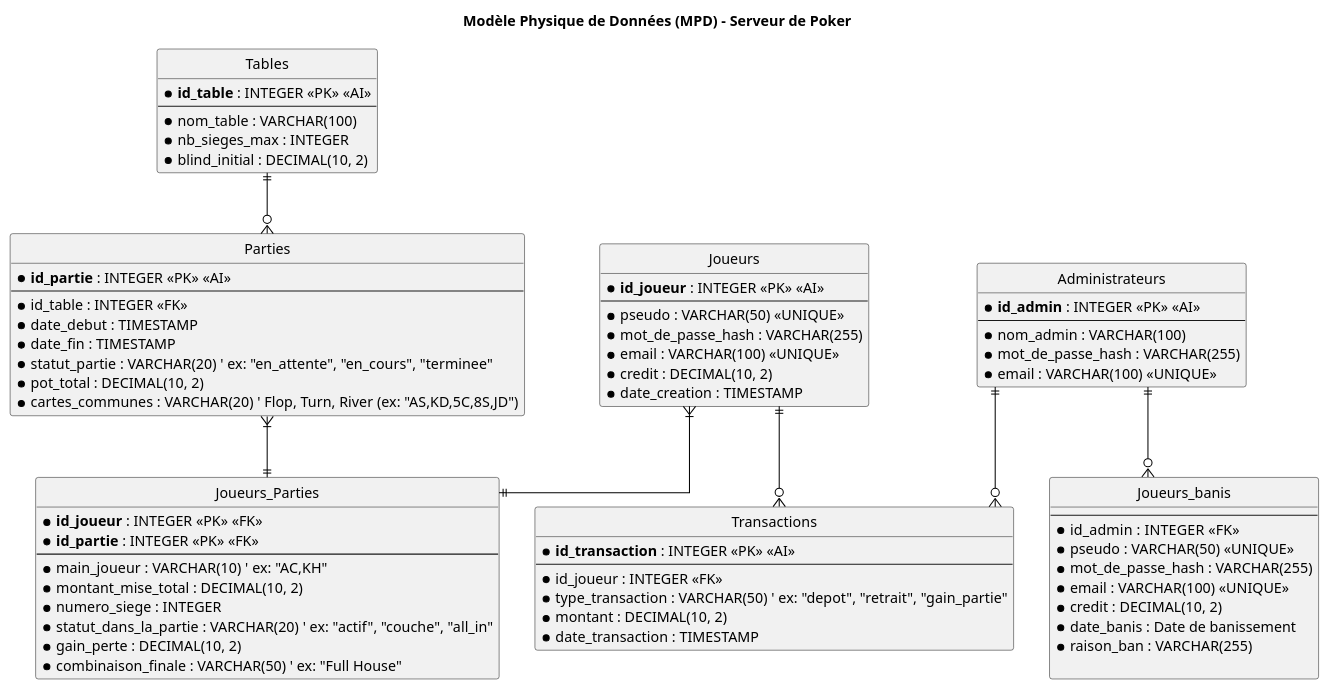
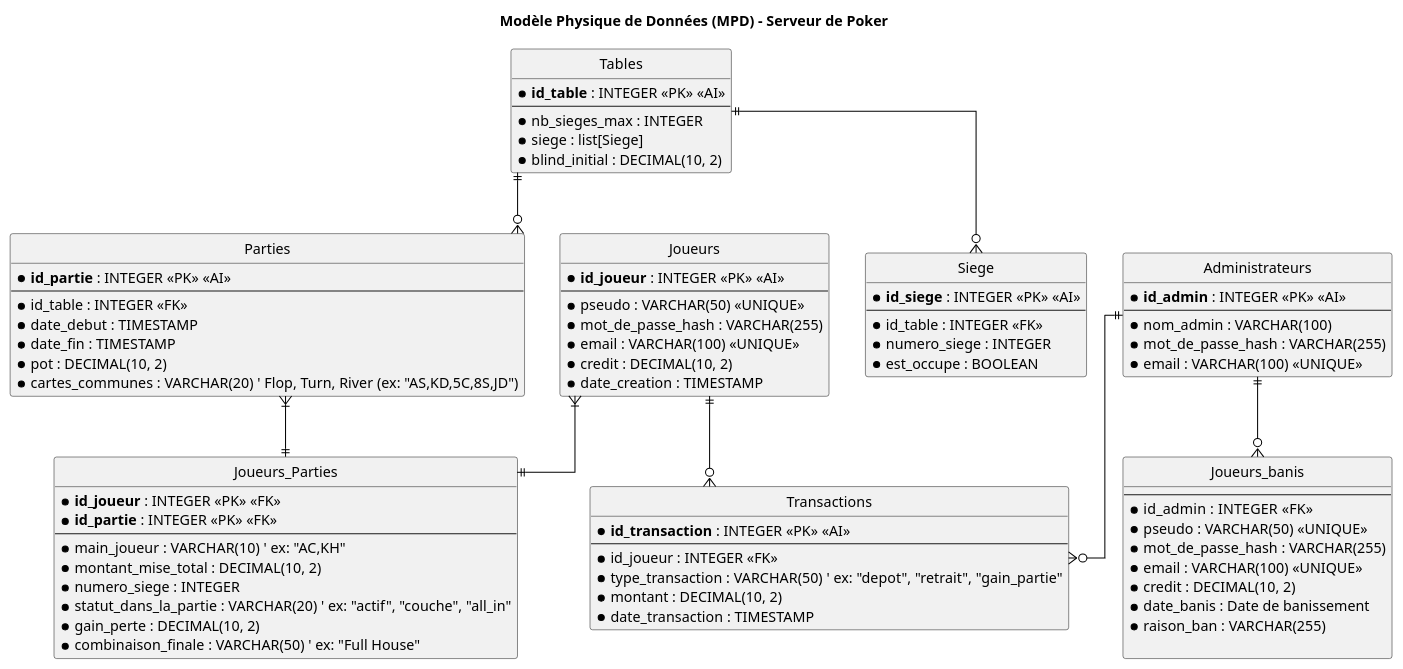
One commit to tomdtd/ENSAI-2A-projet-info-Albane-Tom-Neville-Floraline changed the diagram in doc/MPD.puml. Above: the diagram before and after it, drawn with PlantUML. The commit also changed 4 other files, not shown here.

Commit message:
Modification des classes Joueur et partie

```diff
--- a/doc/MPD.puml
+++ b/doc/MPD.puml
@@ -1,110 +1,121 @@
 @startuml
 ' Titre du diagramme
 title Modèle Physique de Données (MPD) - Serveur de Poker
 
 ' --- Paramètres d'affichage ---
 hide circle
 skinparam linetype ortho
 skinparam table {
   BackgroundColor White
   BorderColor Black
 }
 skinparam arrow {
   Color Black
 }
 
 ' --- Définition des Tables ---
 
 ' Table pour les utilisateurs (Joueurs )
 entity "Joueurs" as T_JOUEURS {
   * **id_joueur** : INTEGER <<PK>> <<AI>>
   --
   * pseudo : VARCHAR(50) <<UNIQUE>>
   * mot_de_passe_hash : VARCHAR(255)
   * email : VARCHAR(100) <<UNIQUE>>
   * credit : DECIMAL(10, 2)
   * date_creation : TIMESTAMP
 }
 
 ' Table pour les tables de jeu physiques
 entity "Tables" as T_TABLES {
   * **id_table** : INTEGER <<PK>> <<AI>>
   --
-  * nom_table : VARCHAR(100)
   * nb_sieges_max : INTEGER
+  * siege : list[Siege]
   * blind_initial : DECIMAL(10, 2)
 }
 
 ' Table pour les parties qui ont lieu sur les tables
 entity "Parties" as T_PARTIES {
   * **id_partie** : INTEGER <<PK>> <<AI>>
   --
   * id_table : INTEGER <<FK>>
   * date_debut : TIMESTAMP
   * date_fin : TIMESTAMP
-  * statut_partie : VARCHAR(20) ' ex: "en_attente", "en_cours", "terminee"
-  * pot_total : DECIMAL(10, 2)
+  * pot : DECIMAL(10, 2)
   * cartes_communes : VARCHAR(20) ' Flop, Turn, River (ex: "AS,KD,5C,8S,JD")
+}
+
+'Tables pour les sièges des joueurs
+entity "Siege" as T_SIEGE {
+  * **id_siege** : INTEGER <<PK>> <<AI>>
+  --
+  * id_table : INTEGER <<FK>>
+  * numero_siege : INTEGER
+  * est_occupe : BOOLEAN
 }
 
 ' Table de jonction pour la relation N-M entre Joueurs et Parties
 entity "Joueurs_Parties" as T_JOUEURS_PARTIES {
   * **id_joueur** : INTEGER <<PK>> <<FK>>
   * **id_partie** : INTEGER <<PK>> <<FK>>
   --
   * main_joueur : VARCHAR(10) ' ex: "AC,KH"
   * montant_mise_total : DECIMAL(10, 2)
   * numero_siege : INTEGER
   * statut_dans_la_partie : VARCHAR(20) ' ex: "actif", "couche", "all_in"
   * gain_perte : DECIMAL(10, 2)
   * combinaison_finale : VARCHAR(50) ' ex: "Full House"
 }
 
 ' Table pour l'historique des transactions financières
 entity "Transactions" as T_TRANSACTIONS {
   * **id_transaction** : INTEGER <<PK>> <<AI>>
   --
   * id_joueur : INTEGER <<FK>>
   * type_transaction : VARCHAR(50) ' ex: "depot", "retrait", "gain_partie"
   * montant : DECIMAL(10, 2)
   * date_transaction : TIMESTAMP
 }
 ' Table des administrateurs 
 entity "Administrateurs" as T_ADMINISTRATEURS {
   * **id_admin** : INTEGER <<PK>> <<AI>>
   --
   * nom_admin : VARCHAR(100)
   * mot_de_passe_hash : VARCHAR(255)
   * email : VARCHAR(100) <<UNIQUE>>
 }
 ' Table pour les utilisateurs banis (Joueurs )
 
 entity "Joueurs_banis" as T_JOUEURS_B {
   --
   * id_admin : INTEGER  <<FK>>
   * pseudo : VARCHAR(50) <<UNIQUE>>
   * mot_de_passe_hash : VARCHAR(255)
   * email : VARCHAR(100) <<UNIQUE>>
   * credit : DECIMAL(10, 2)
   * date_banis : Date de banissement
   * raison_ban : VARCHAR(255)
 
 }
 
 ' --- Définition des Relations ---
 ' Admins et joueurs banis
 T_ADMINISTRATEURS ||--o{ T_JOUEURS_B
 ' Un joueur peut avoir plusieurs transactions
 T_JOUEURS ||--o{ T_TRANSACTIONS
 
 'Admin et Transactions 
 T_ADMINISTRATEURS ||--o{ T_TRANSACTIONS
 
 'Une table de jeu peut accueillir plusieurs parties (dans le temps)
 T_TABLES ||--o{ T_PARTIES
 
 ' Relation N-M entre Joueurs et Parties, via la table de jonction
 T_JOUEURS }|--|| T_JOUEURS_PARTIES
 T_PARTIES }|--|| T_JOUEURS_PARTIES
 
+' Relation entre tables et sièges
+T_TABLES ||--o{ T_SIEGE
+
 @enduml
```
